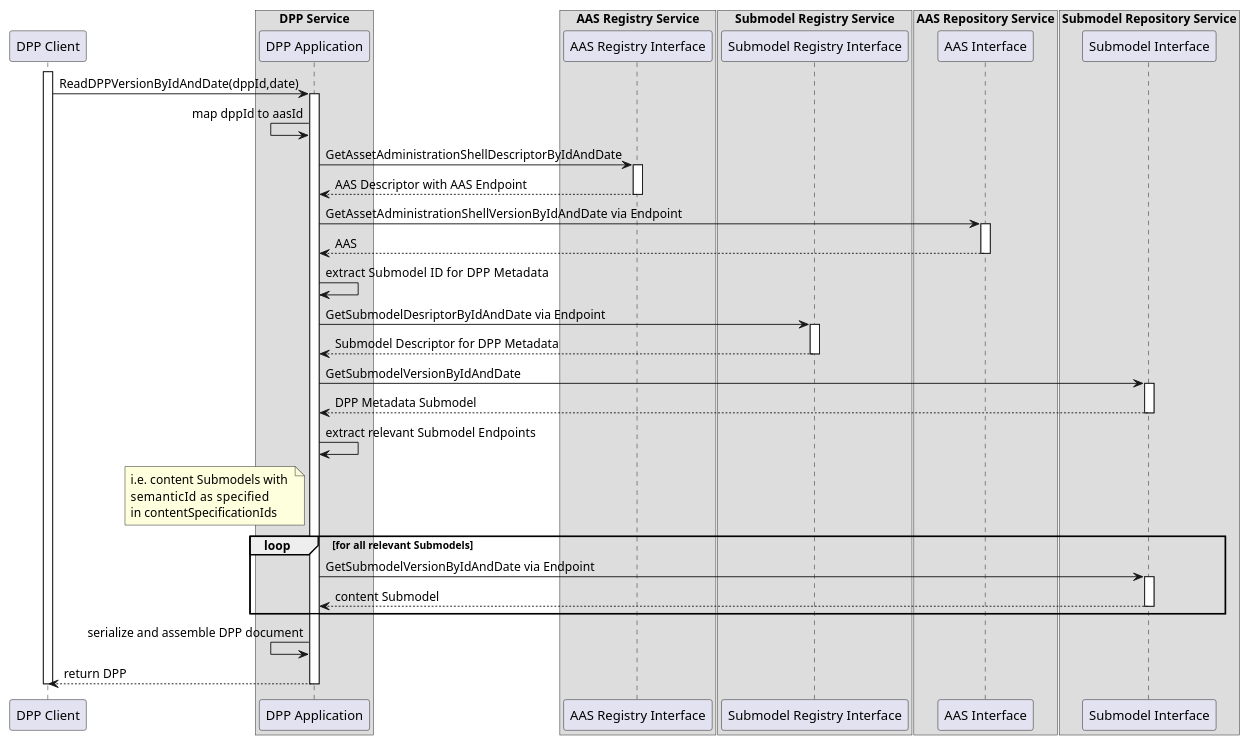
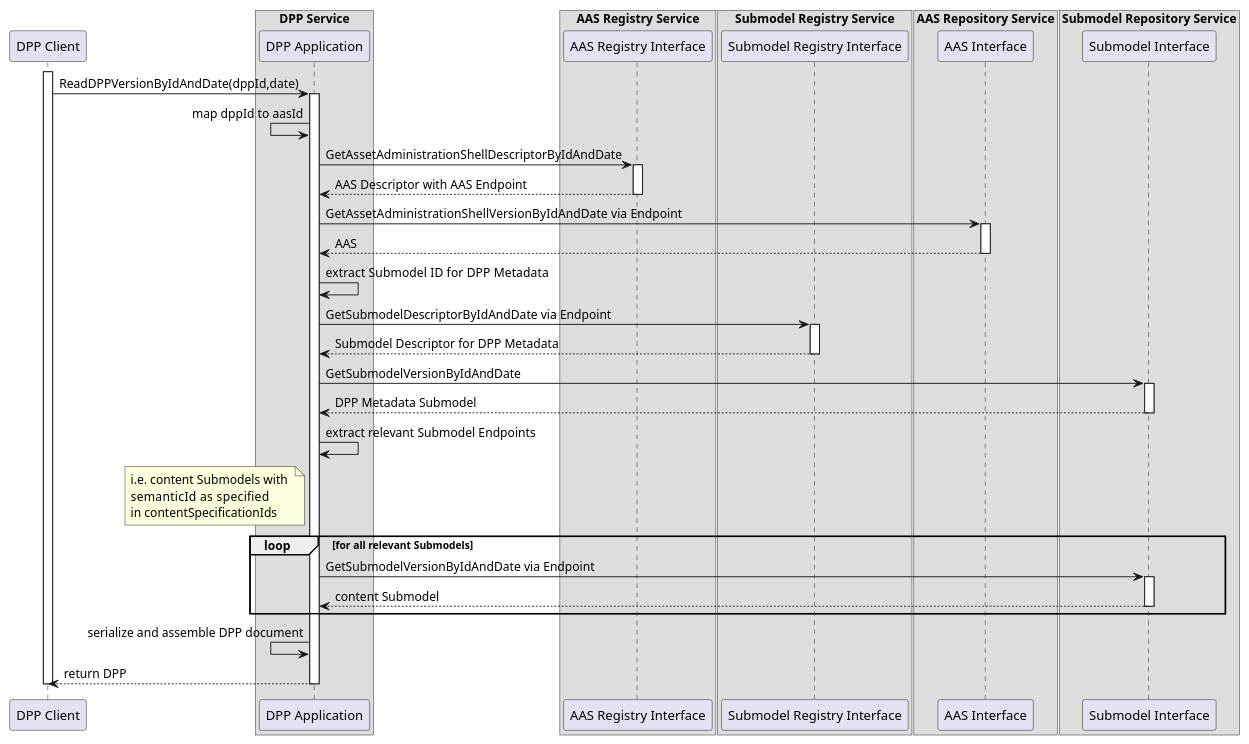
Before and after one commit to admin-shell-io/aas-specs-api: the diagram in documentation/IDTA-01002-3/modules/ROOT/partials/diagrams/seq-dpp-registry-history.puml, drawn with PlantUML.

Commit message:
correct typo

```diff
--- a/documentation/IDTA-01002-3/modules/ROOT/partials/diagrams/seq-dpp-registry-history.puml
+++ b/documentation/IDTA-01002-3/modules/ROOT/partials/diagrams/seq-dpp-registry-history.puml
@@ -1,75 +1,75 @@
 @startuml
 
 participant DPPClient as "DPP Client"
 
 box "DPP Service"
 participant Client as "DPP Application"
 end box
 
 
 
 box "AAS Registry Service"
    participant AASRegistry as "AAS Registry Interface"
 end box
 
 box "Submodel Registry Service"
    participant SubmodelRegistry as "Submodel Registry Interface"
 end box
 
 box "AAS Repository Service"
   participant AASService as "AAS Interface"
 end box
 
 box "Submodel Repository Service"
   participant SMService as "Submodel Interface"
 end box
 
 activate DPPClient
 DPPClient -> Client : ReadDPPVersionByIdAndDate(dppId,date)
 
 activate Client
 Client <- Client : map dppId to aasId
 
 
 
 Client -> AASRegistry : GetAssetAdministrationShellDescriptorByIdAndDate
 activate AASRegistry
 Client <-- AASRegistry : AAS Descriptor with AAS Endpoint
 deactivate AASRegistry
 Client -> AASService : GetAssetAdministrationShellVersionByIdAndDate  via Endpoint
 activate AASService
 Client <-- AASService : AAS
 deactivate AASService
 
 Client -> Client : extract  Submodel ID for DPP Metadata
 
 
-Client -> SubmodelRegistry : GetSubmodelDesriptorByIdAndDate via Endpoint
+Client -> SubmodelRegistry : GetSubmodelDescriptorByIdAndDate via Endpoint
 activate SubmodelRegistry
 Client <-- SubmodelRegistry : Submodel Descriptor for DPP Metadata
 deactivate SubmodelRegistry
 
 Client -> SMService : GetSubmodelVersionByIdAndDate
 activate SMService
 Client <-- SMService : DPP Metadata Submodel
 deactivate SMService
 
 Client -> Client : extract relevant Submodel Endpoints
 note left of Client
   i.e. content Submodels with 
   semanticId   as specified 
   in contentSpecificationIds
 end note
 loop for all relevant Submodels
 Client -> SMService : GetSubmodelVersionByIdAndDate via Endpoint
 activate SMService
 Client <-- SMService : content Submodel
 deactivate SMService
 end
 
 Client <- Client : serialize and assemble DPP document
 DPPClient <-- Client : return DPP
 deactivate Client
 deactivate DPPClient
 
 @enduml
```
